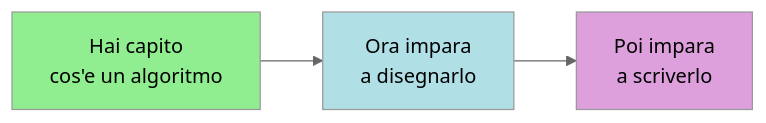
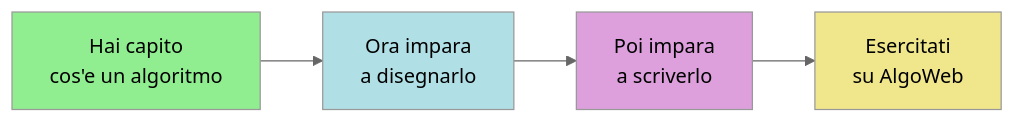
Before and after one commit to Federob/infohandouts: the ninth of 9 diagrams in docs/algocoding/00_algoritmi.qmd, drawn with Mermaid (neutral theme). The commit also changed other lines of this file and 3 other files, not shown here.

````diff
--- a/docs/algocoding/00_algoritmi.qmd
+++ b/docs/algocoding/00_algoritmi.qmd
@@ -376,9 +377,11 @@
 ```{mermaid}
 flowchart LR
     A["Hai capito<br/>cos'e un algoritmo"] --> B["Ora impara<br/>a disegnarlo"]
     B --> C["Poi impara<br/>a scriverlo"]
+    C --> D["Esercitati<br/>su AlgoWeb"]
 
     style A fill:#90EE90
     style B fill:#B0E0E6
     style C fill:#DDA0DD
+    style D fill:#F0E68C
 ```
````
